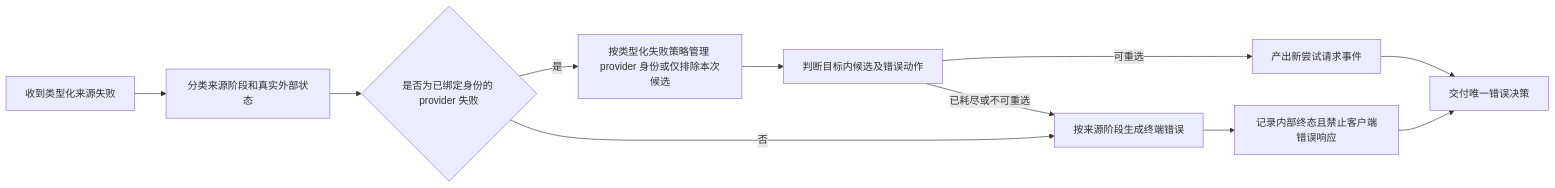
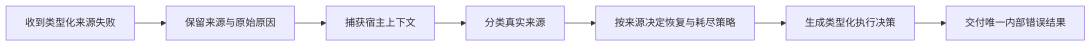
Before and after one commit to Jasonzhangf/routecodex: the third of 4 diagrams in docs/architecture/dagpipe/v3-proxy-pipeline-target.md, drawn with Mermaid. The commit also changed other lines of this file and 13 other files, not shown here.

Commit message:
fix(architecture): correct provider failure DAG

````diff
--- a/docs/architecture/dagpipe/v3-proxy-pipeline-target.md
+++ b/docs/architecture/dagpipe/v3-proxy-pipeline-target.md
@@ -88,13 +94,9 @@
 ```mermaid
 flowchart LR
-  A[收到类型化来源失败] --> B[分类来源阶段和真实外部状态]
-  B --> C{是否为已绑定身份的 provider 失败}
-  C -->|是| D[按类型化失败策略管理 provider 身份或仅排除本次候选]
-  D --> E[判断目标内候选及错误动作]
-  C -->|否| F[按来源阶段生成终端错误]
-  E -->|可重选| G[产出新尝试请求事件]
-  E -->|已耗尽或不可重选| F
-  F --> H[记录内部终态且禁止客户端错误响应]
-  G --> I[交付唯一错误决策]
-  H --> I
+  A[收到类型化来源失败] --> B[保留来源与原始原因]
+  B --> C[捕获宿主上下文]
+  C --> D[分类真实来源]
+  D --> E[按来源决定恢复与耗尽策略]
+  E --> F[生成类型化执行决策]
+  F --> G[交付唯一内部错误结果]
 ```
````
